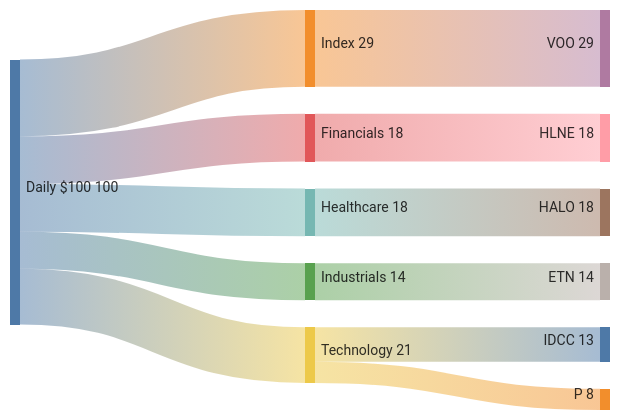
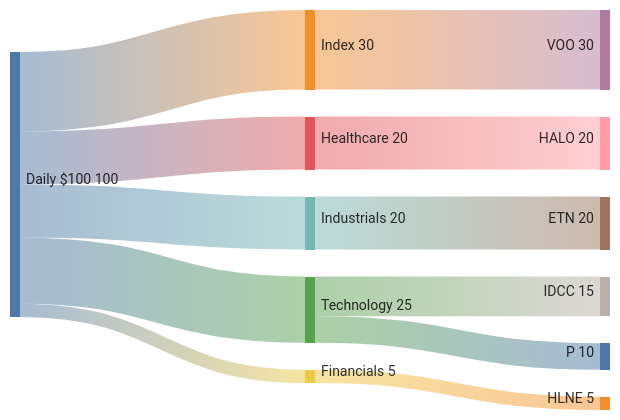
Before and after one commit to CynicDog/investment: the diagram in portfolio/dashboards/dca-flow.md, drawn with Mermaid. The commit also changed 8 other files, not shown here.

````diff
--- a/portfolio/dashboards/dca-flow.md
+++ b/portfolio/dashboards/dca-flow.md
@@ -5,19 +5,19 @@
 ```mermaid
 ---
 config:
   sankey:
     showValues: true
 ---
 sankey-beta
-Daily $100,Index,29
-Daily $100,Financials,18
-Daily $100,Healthcare,18
-Daily $100,Industrials,14
-Daily $100,Technology,21
-Index,VOO,29
-Financials,HLNE,18
-Healthcare,HALO,18
-Industrials,ETN,14
-Technology,IDCC,13
-Technology,P,8
+Daily $100,Index,30
+Daily $100,Healthcare,20
+Daily $100,Industrials,20
+Daily $100,Technology,25
+Daily $100,Financials,5
+Index,VOO,30
+Healthcare,HALO,20
+Industrials,ETN,20
+Technology,IDCC,15
+Technology,P,10
+Financials,HLNE,5
 ```
````
